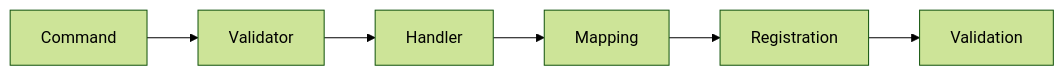
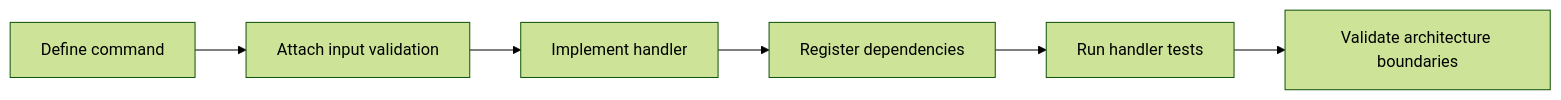
The sixth of 11 diagrams in book/07-skills.md (sheikh-zeeshan/Enterprise-AI-Engineering-Handbook), drawn with Mermaid (forest theme) before and after one commit. The commit also changed other lines of this file and 49 other files, not shown here.

````diff
--- a/book/07-skills.md
+++ b/book/07-skills.md
@@ -1015,23 +987,8 @@
 ```mermaid
 flowchart LR
-
-Command
-
---> Validator
-
-Validator
-
---> Handler
-
-Handler
-
---> Mapping
-
-Mapping
-
---> Registration
-
-Registration
-
---> Validation
+    Command[Define command] --> Validate[Attach input validation]
+    Validate --> Handler[Implement handler]
+    Handler --> Register[Register dependencies]
+    Register --> Tests[Run handler tests]
+    Tests --> Gate[Validate architecture boundaries]
 ```
````
